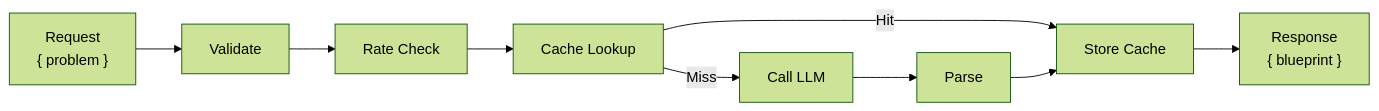
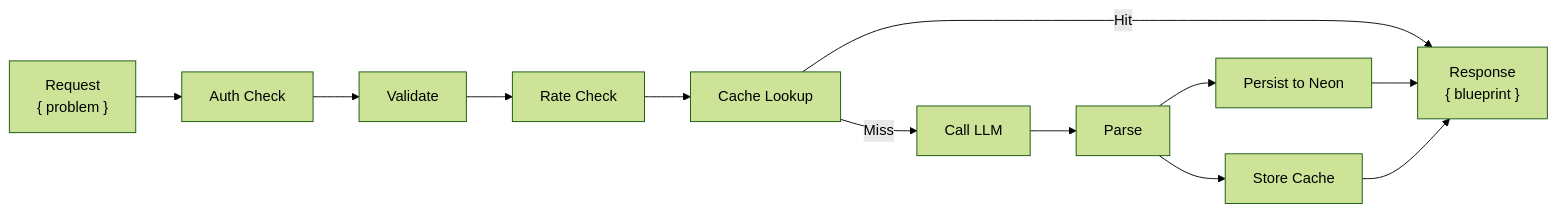
One commit to harshith53/AI-Powered-System-Design-Visualiser changed the third of 3 diagrams in README.md. Above: the diagram before and after it, drawn with Mermaid (forest theme). The commit also changed other lines of this file and 13 other files, not shown here.

Commit message:
feat: main market site auth , redis, neon DB 2.0

````diff
--- a/README.md
+++ b/README.md
@@ -202,20 +209,25 @@
 ```mermaid
 graph LR
     REQ["Request<br/>{ problem }"]
+   AUTH["Auth Check"]
     VAL["Validate"]
     RATE["Rate Check"]
     CACHE["Cache Lookup"]
     LLM["Call LLM"]
     PARSE["Parse"]
+   PERSIST["Persist to Neon"]
     STORE["Store Cache"]
     RESP["Response<br/>{ blueprint }"]
     
-    REQ --> VAL
+   REQ --> AUTH
+   AUTH --> VAL
     VAL --> RATE
     RATE --> CACHE
-    CACHE -->|Hit| STORE
+   CACHE -->|Hit| RESP
     CACHE -->|Miss| LLM
     LLM --> PARSE
+   PARSE --> PERSIST
     PARSE --> STORE
-    STORE --> RESP
+   PERSIST --> RESP
+   STORE --> RESP
 ```
````
